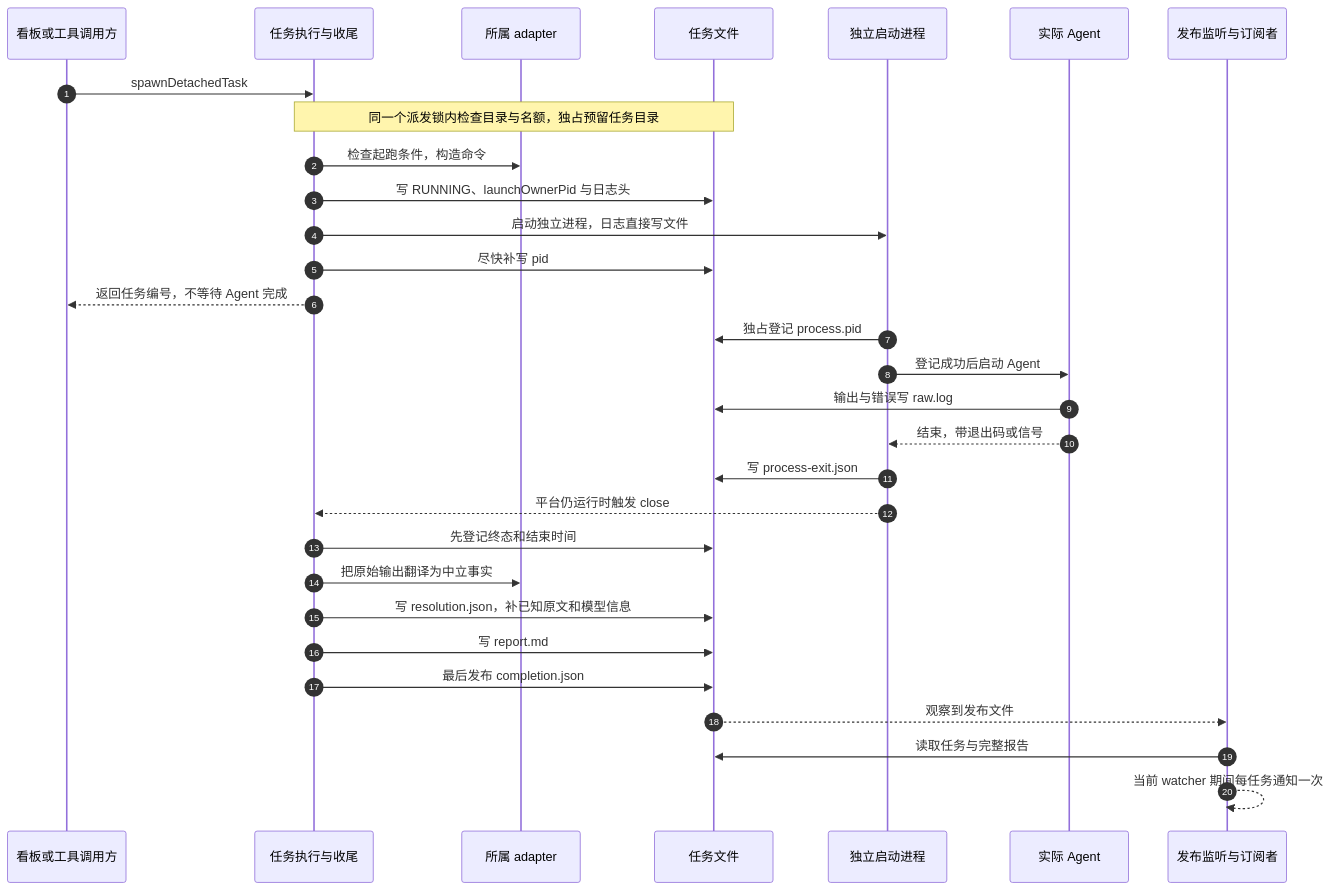
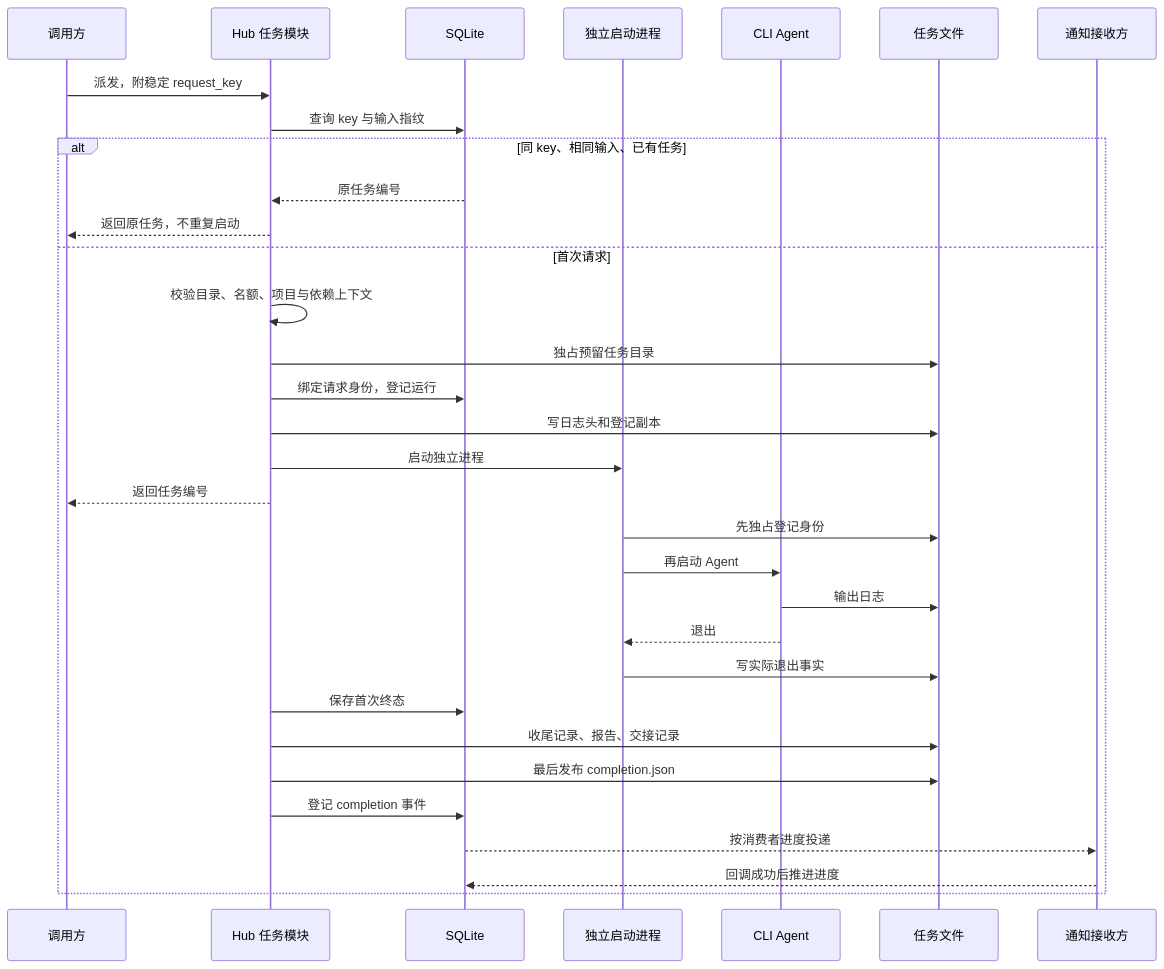
One commit to zhm20001/agent-hub changed the second of 2 diagrams in docs/ARCHITECTURE.md. Above: the diagram before and after it, drawn with Mermaid. The commit also changed other lines of this file and 4 other files, not shown here.

````diff
--- a/docs/ARCHITECTURE.md
+++ b/docs/ARCHITECTURE.md
@@ -81,33 +82,34 @@
 ```mermaid
 sequenceDiagram
-    autonumber
-    participant C as 看板或工具调用方
-    participant L as 任务执行与收尾
-    participant A as 所属 adapter
+    participant C as 调用方
+    participant H as Hub 任务模块
+    participant D as SQLite
+    participant P as 独立启动进程
+    participant A as CLI Agent
     participant F as 任务文件
-    participant P as 独立启动进程
-    participant G as 实际 Agent
-    participant W as 发布监听与订阅者
-
-    C->>L: spawnDetachedTask
-    Note over L,F: 同一个派发锁内检查目录与名额，独占预留任务目录
-    L->>A: 检查起跑条件，构造命令
-    L->>F: 写 RUNNING、launchOwnerPid 与日志头
-    L->>P: 启动独立进程，日志直接写文件
-    L->>F: 尽快补写 pid
-    L-->>C: 返回任务编号，不等待 Agent 完成
-    P->>F: 独占登记 process.pid
-    P->>G: 登记成功后启动 Agent
-    G->>F: 输出与错误写 raw.log
-    G-->>P: 结束，带退出码或信号
-    P->>F: 写 process-exit.json
-    P-->>L: 平台仍运行时触发 close
-    L->>F: 先登记终态和结束时间
-    L->>A: 把原始输出翻译为中立事实
-    L->>F: 写 resolution.json，补已知原文和模型信息
-    L->>F: 写 report.md
-    L->>F: 最后发布 completion.json
-    F-->>W: 观察到发布文件
-    W->>F: 读取任务与完整报告
-    W-->>W: 当前 watcher 期间每任务通知一次
+    participant N as 通知接收方
+    C->>H: 派发，附稳定 request_key
+    H->>D: 查询 key 与输入指纹
+    alt 同 key、相同输入、已有任务
+        D-->>H: 原任务编号
+        H-->>C: 返回原任务，不重复启动
+    else 首次请求
+        H->>H: 校验目录、名额、项目与依赖上下文
+        H->>F: 独占预留任务目录
+        H->>D: 绑定请求身份，登记运行
+        H->>F: 写日志头和登记副本
+        H->>P: 启动独立进程
+        H-->>C: 返回任务编号
+        P->>F: 先独占登记身份
+        P->>A: 再启动 Agent
+        A->>F: 输出日志
+        A-->>P: 退出
+        P->>F: 写实际退出事实
+        H->>D: 保存首次终态
+        H->>F: 收尾记录、报告、交接记录
+        H->>F: 最后发布 completion.json
+        H->>D: 登记 completion 事件
+        D-->>N: 按消费者进度投递
+        N-->>D: 回调成功后推进进度
+    end
 ```
````
